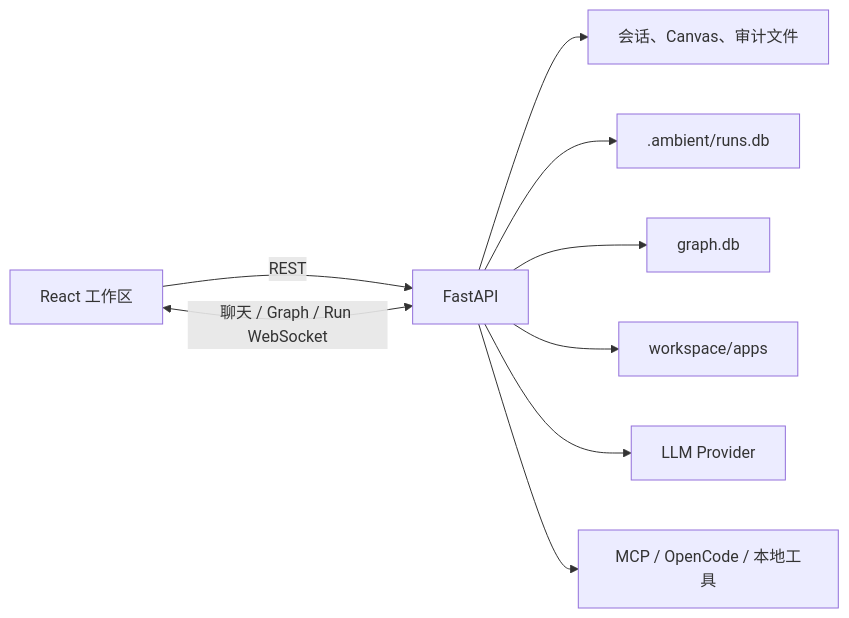
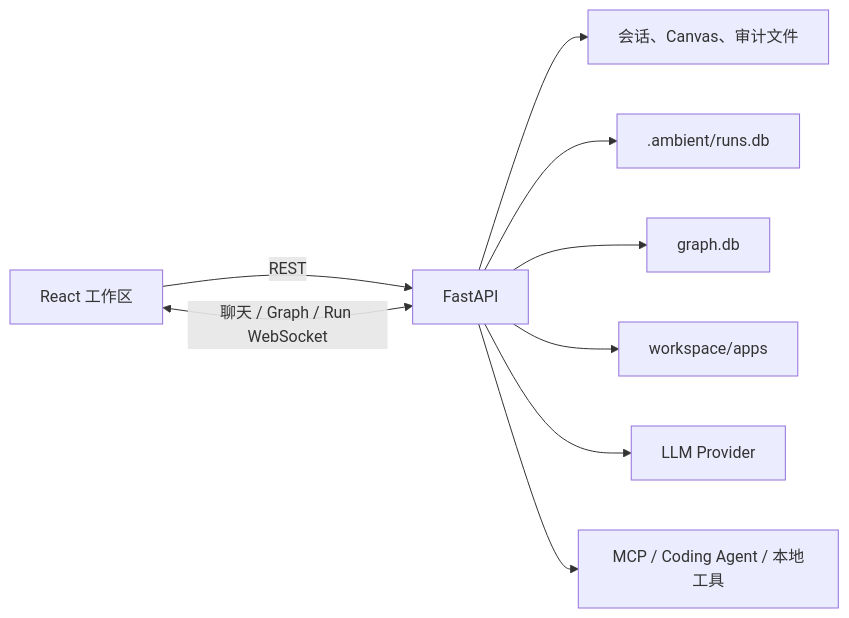
The diagram in docs/architecture/overview.md (BillShiyaoZhang/ambient-agent), drawn with Mermaid before and after one commit. The commit also changed other lines of this file and 25 other files, not shown here.

Commit message:
Add configurable Codex host bridge coding agent

````diff
--- a/docs/architecture/overview.md
+++ b/docs/architecture/overview.md
@@ -5,11 +5,11 @@
 ```mermaid
 flowchart LR
     Browser[React 工作区] -->|REST| API[FastAPI]
     Browser <-->|聊天 / Graph / Run WebSocket| API
     API --> Workspace[会话、Canvas、审计文件]
     API --> RunStore[.ambient/runs.db]
     API --> Graph[graph.db]
     API --> Apps[workspace/apps]
     API --> LLM[LLM Provider]
-    API --> External[MCP / OpenCode / 本地工具]
+    API --> External[MCP / Coding Agent / 本地工具]
 ```
````
